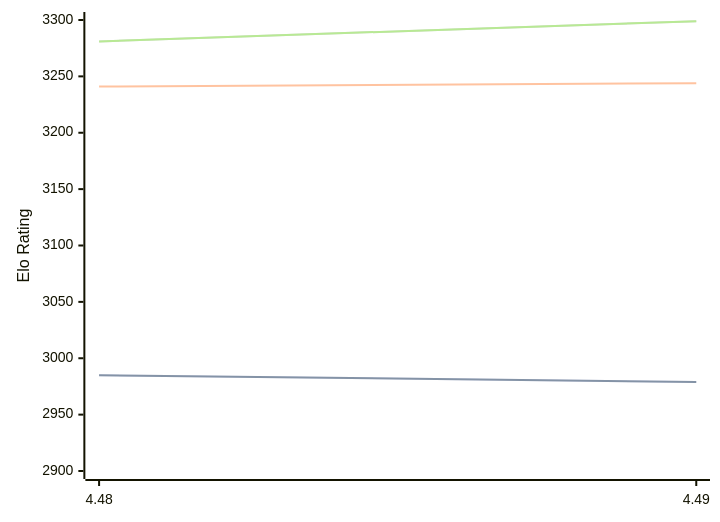
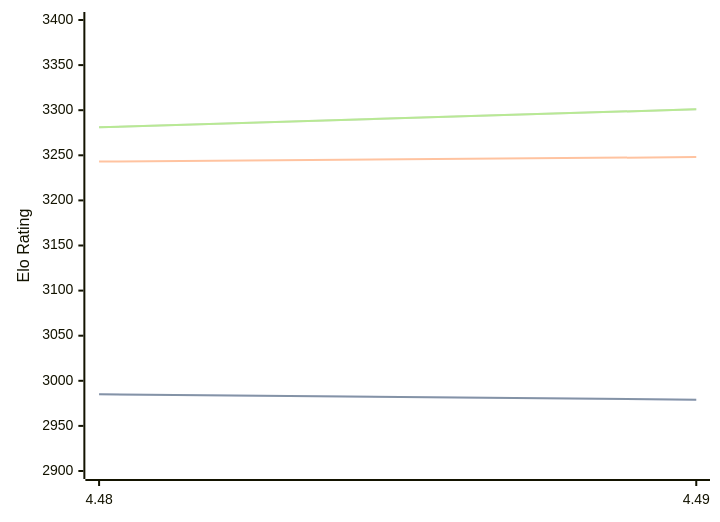
One commit to computer-chess-index/cci changed the diagram in engines/Cheng4.md. Above: the diagram before and after it, drawn with Mermaid. The commit also changed other lines of this file, not shown here.

Commit message:
Update CCI Ratings (ELO VLTC) - 2026-09-18

````diff
--- a/engines/Cheng4.md
+++ b/engines/Cheng4.md
@@ -32,11 +32,11 @@
 ```mermaid
 %%{init: {"theme":"base","themeVariables":{"seriesColors:['#a3a3a3','#222221','#faa371']}}}%%
 xychart-beta
   x-axis ["4.48", "4.49"]
-  y-axis "Elo Rating" 2900 --> 3300
+  y-axis "Elo Rating" 2900 --> 3400
   line "" [2985, 2979]
   line "STC (8.0+0.08s)" [2985, 2979]
-  line "LTC (60.0+0.60s)" [3241, 3244]
-  line "" [3281, 3299]
-  line "VLTC (2m24s+1.12s)" [3281, 3299]
+  line "LTC (60.0+0.60s)" [3243, 3248]
+  line "" [3281, 3301]
+  line "VLTC (2m24s+1.12s)" [3281, 3301]
 ```
````
